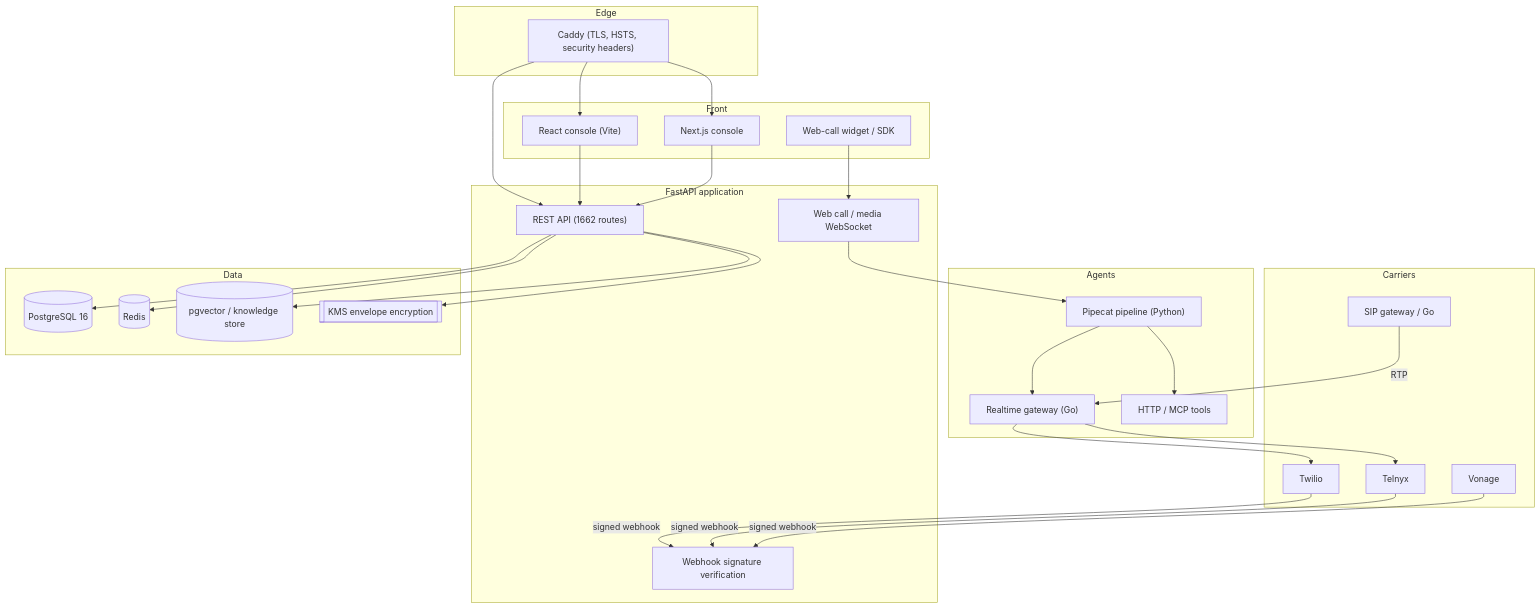
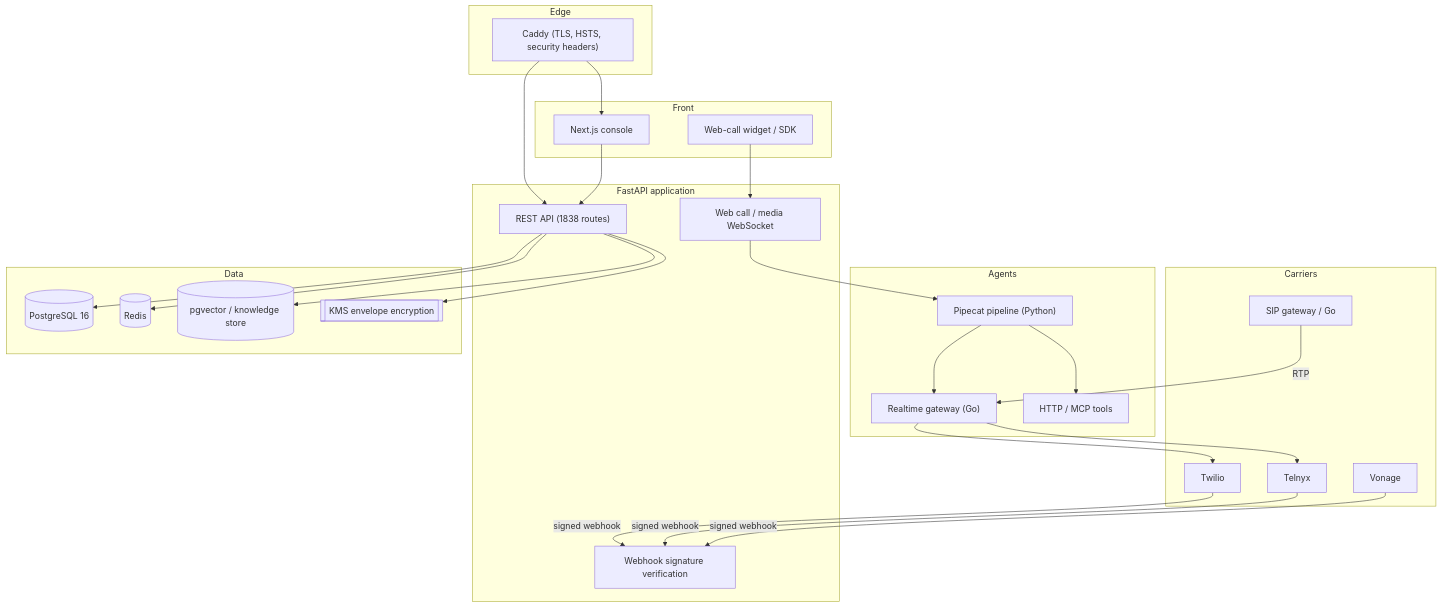
Before and after one commit to Ainul-550Islam/voxdesk-call-ainul-islam: the diagram in voxdesk-call/README.md, drawn with Mermaid. The commit also changed other lines of this file and 33 other files, not shown here.

````diff
--- a/voxdesk-call/README.md
+++ b/voxdesk-call/README.md
@@ -13,53 +13,50 @@
 ```mermaid
 flowchart TB
     subgraph Edge
         Caddy["Caddy (TLS, HSTS, security headers)"]
     end
     subgraph Carriers
         Twilio[Twilio]
         Telnyx[Telnyx]
         Vonage[Vonage]
         SIP[SIP gateway / Go]
     end
     subgraph App["FastAPI application"]
-        API["REST API (1662 routes)"]
+        API["REST API (1838 routes)"]
         WS["Web call / media WebSocket"]
         Wh[Webhook signature verification]
     end
     subgraph Agents
         Pipe["Pipecat pipeline (Python)"]
         RT["Realtime gateway (Go)"]
         Tools["HTTP / MCP tools"]
     end
     subgraph Data
         PG[("PostgreSQL 16")]
         Redis[("Redis")]
         Vec[("pgvector / knowledge store")]
         KMS[["KMS envelope encryption"]]
     end
     subgraph Front
-        Dash["React console (Vite)"]
         Next["Next.js console"]
         Widget["Web-call widget / SDK"]
     end
 
     Twilio -->|signed webhook| Wh
     Telnyx -->|signed webhook| Wh
     Vonage -->|signed webhook| Wh
     SIP -->|RTP| RT
     Caddy --> API
-    Caddy --> Dash
     Caddy --> Next
     Widget --> WS
     WS --> Pipe
     API --> PG
     API --> Redis
     API --> Vec
     API --> KMS
     Pipe --> Tools
     Pipe --> RT
     RT --> Twilio
     RT --> Telnyx
-    Dash --> API
     Next --> API
 ```
````
